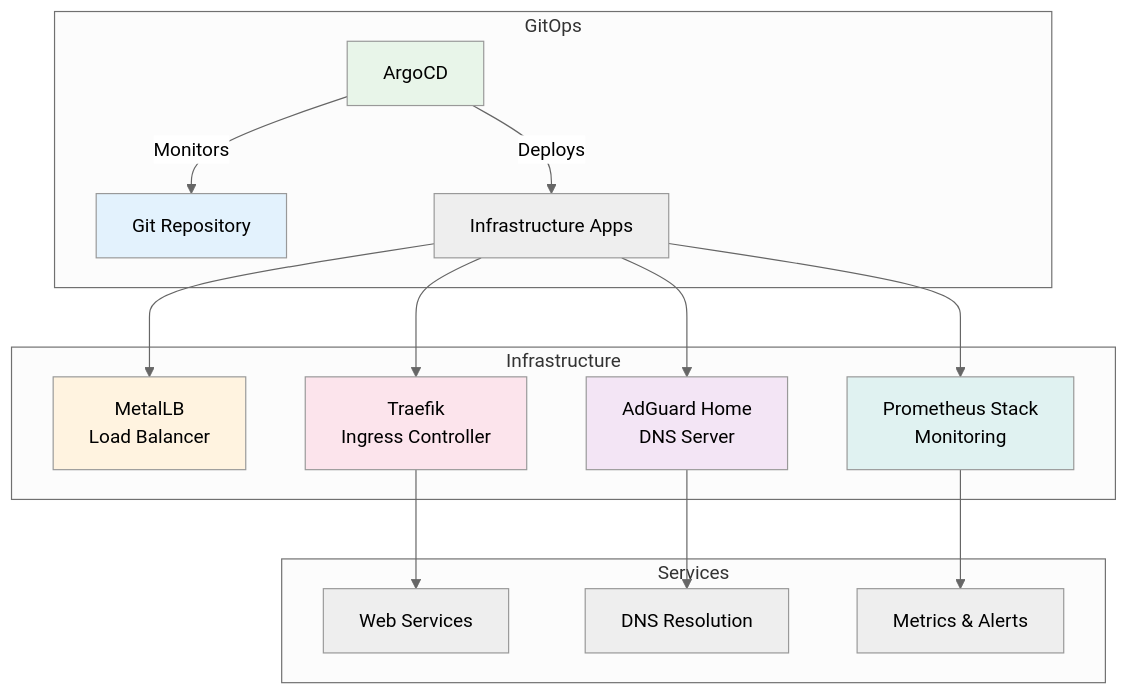
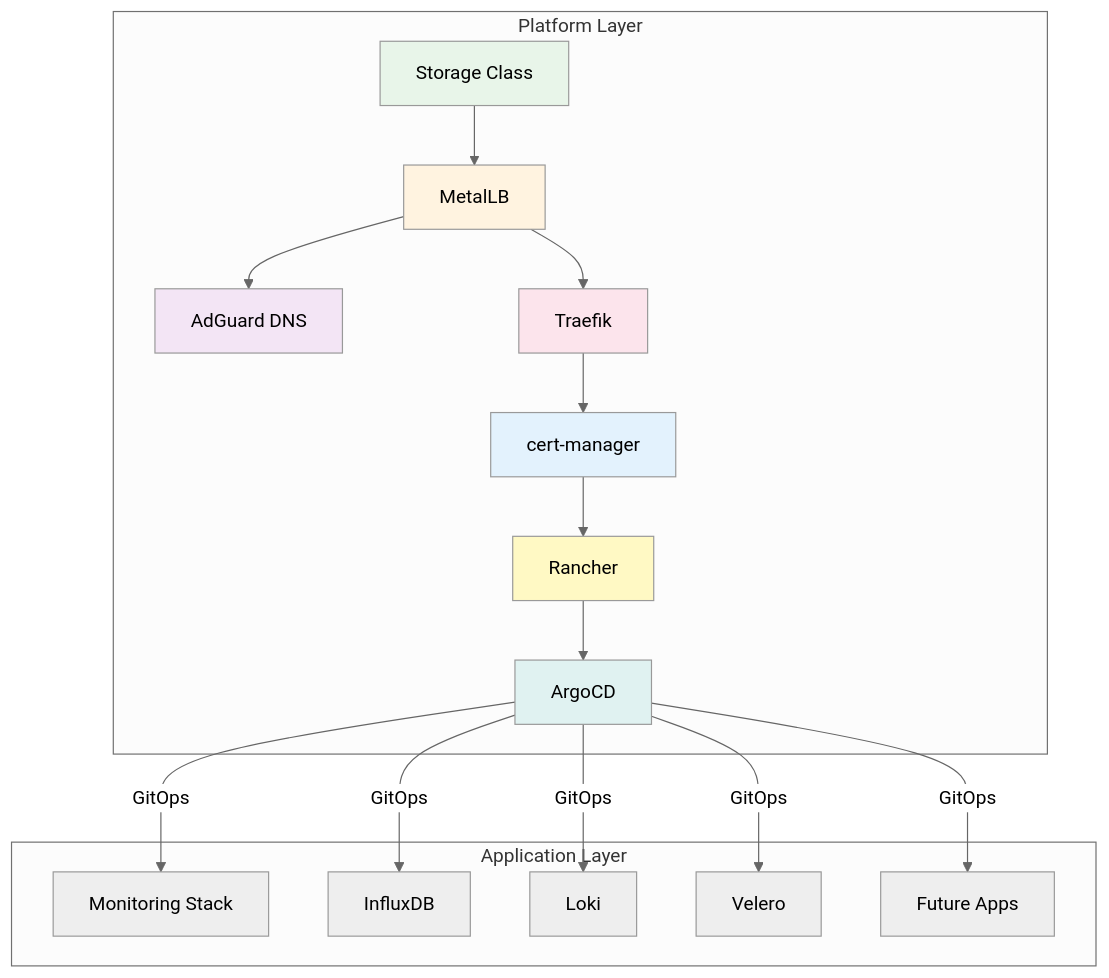
One commit to sprevacomm/homelab2 changed the diagram in README.md. Above: the diagram before and after it, drawn with Mermaid (neutral theme). The commit also changed other lines of this file and 7 other files, not shown here.

````diff
--- a/README.md
+++ b/README.md
@@ -7,27 +27,27 @@
 ```mermaid
 flowchart TB
-    subgraph GitOps
-        A[ArgoCD] -->|Monitors| B[Git Repository]
-        A -->|Deploys| C[Infrastructure Apps]
+    subgraph Platform Layer
+        A[Storage Class] --> B[MetalLB]
+        B --> C[AdGuard DNS]
+        B --> D[Traefik]
+        D --> E[cert-manager]
+        E --> F[Rancher]
+        F --> G[ArgoCD]
     end
     
-    subgraph Infrastructure
-        C --> D[MetalLB<br/>Load Balancer]
-        C --> E[Traefik<br/>Ingress Controller]
-        C --> F[AdGuard Home<br/>DNS Server]
-        C --> G[Prometheus Stack<br/>Monitoring]
-    end
-    
-    subgraph Services
-        E --> H[Web Services]
-        F --> I[DNS Resolution]
-        G --> J[Metrics & Alerts]
+    subgraph Application Layer
+        G -->|GitOps| H[Monitoring Stack]
+        G -->|GitOps| I[InfluxDB]
+        G -->|GitOps| J[Loki]
+        G -->|GitOps| K[Velero]
+        G -->|GitOps| L[Future Apps]
     end
     
     style A fill:#e8f5e9
-    style B fill:#e3f2fd
-    style D fill:#fff3e0
-    style E fill:#fce4ec
-    style F fill:#f3e5f5
+    style B fill:#fff3e0
+    style C fill:#f3e5f5
+    style D fill:#fce4ec
+    style E fill:#e3f2fd
+    style F fill:#fff9c4
     style G fill:#e0f2f1
 ```
````
